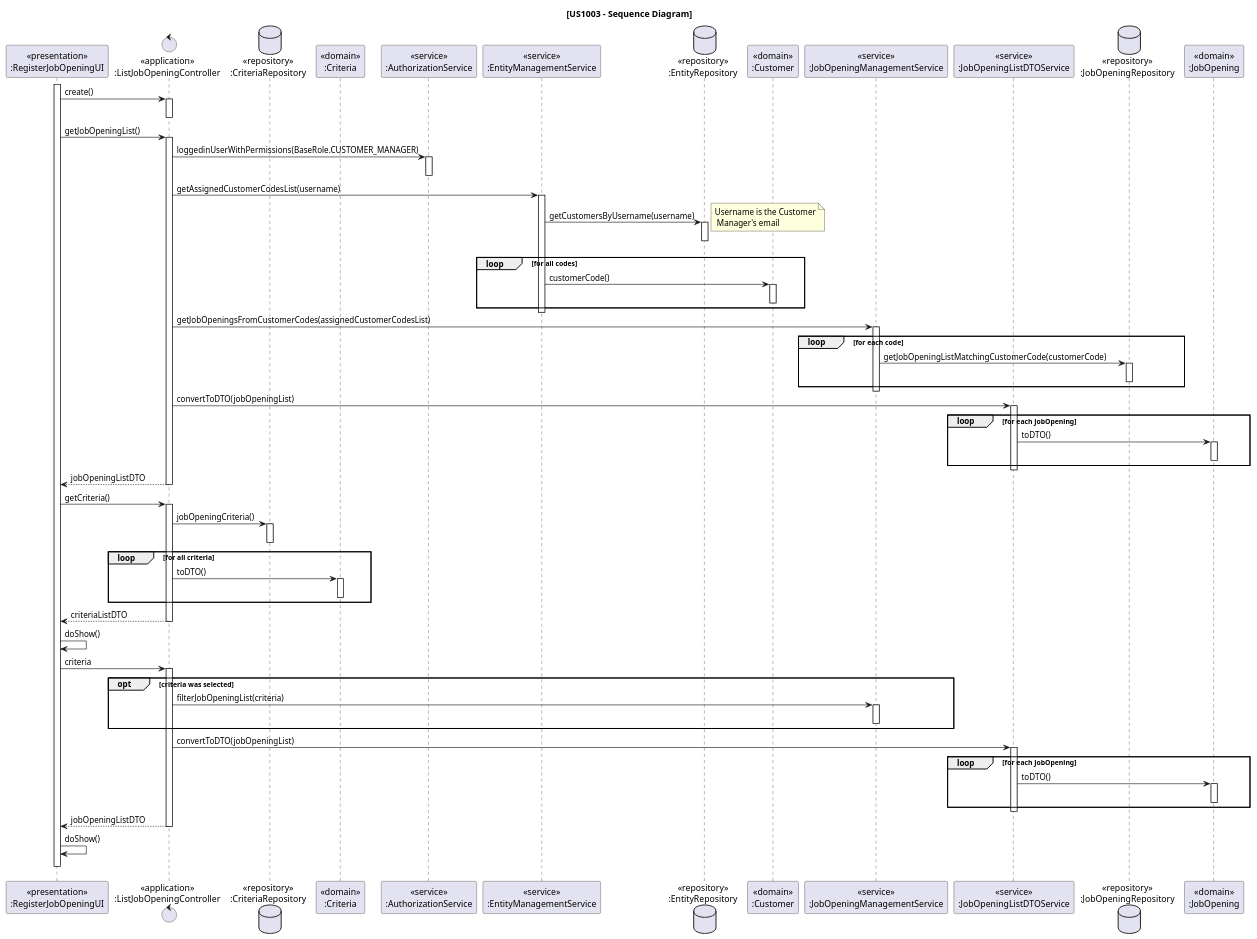
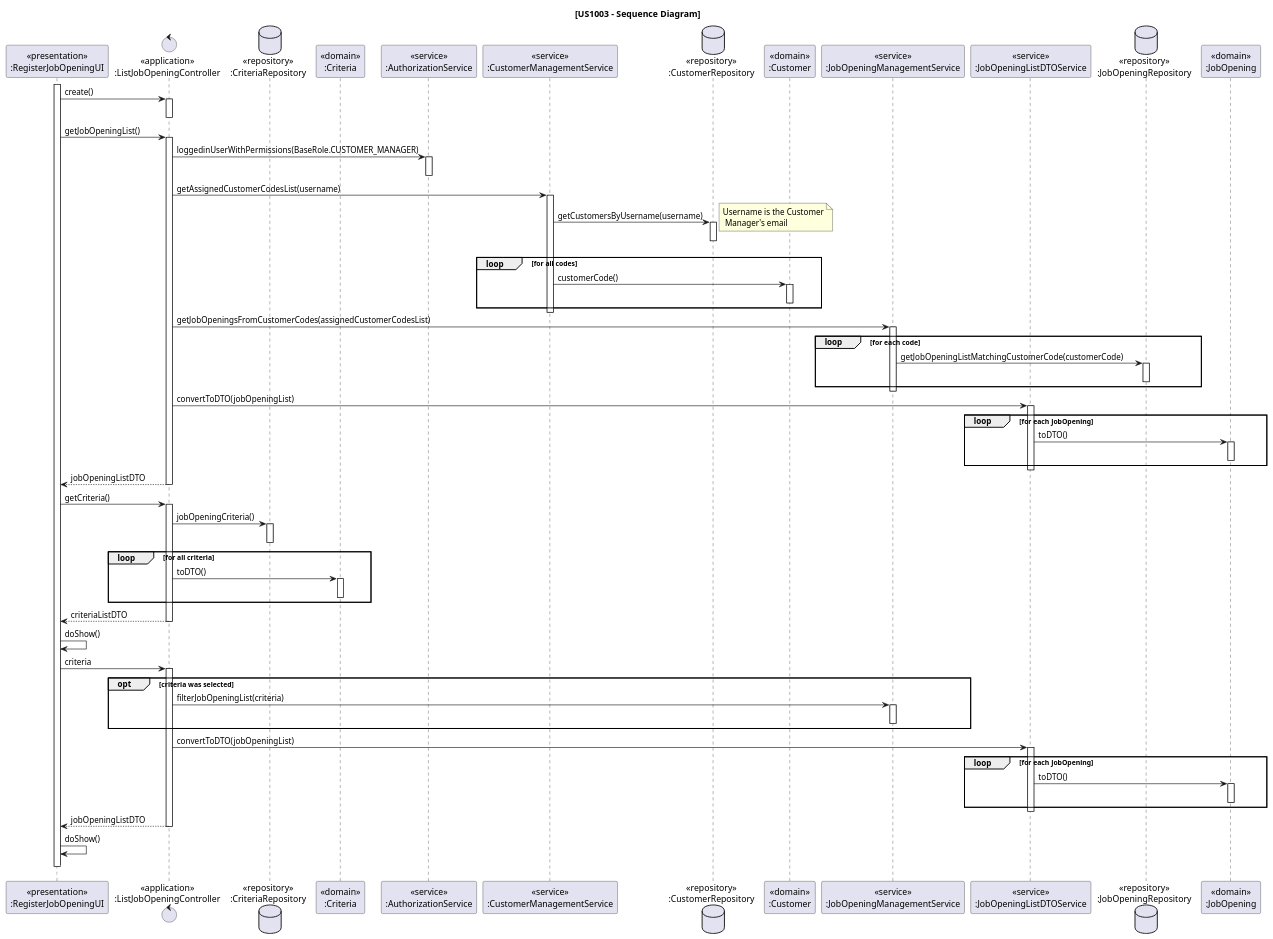
Before and after one commit to rita-barbosa/LAPR4-2324: the diagram in docs/sb_us_1003/US1003_SD/us1003_sd.puml, drawn with PlantUML. The commit also changed 3 other files, not shown here.

First line of the commit message:
docs: US1003 diagrams update

```diff
--- a/docs/sb_us_1003/US1003_SD/us1003_sd.puml
+++ b/docs/sb_us_1003/US1003_SD/us1003_sd.puml
@@ -1,120 +1,120 @@
 @startuml US1003_SD
 
 title [US1003 - Sequence Diagram]
 
 participant "<<presentation>>\n:RegisterJobOpeningUI" as UI
 control "<<application>>\n:ListJobOpeningController" as CTRL
 database "<<repository>>\n:CriteriaRepository" as CriteriaRepository
 participant "<<domain>>\n:Criteria" as Criteria
 participant "<<service>>\n:AuthorizationService" as AuthSvc
-participant "<<service>>\n:EntityManagementService" as EntityManagement
-database "<<repository>>\n:EntityRepository" as EntityRepository
+participant "<<service>>\n:CustomerManagementService" as CustomerManagement
+database "<<repository>>\n:CustomerRepository" as CustomerRepository
 participant "<<domain>>\n:Customer" as Customer
 participant "<<service>>\n:JobOpeningManagementService" as JobManagement
 participant "<<service>>\n:JobOpeningListDTOService" as JobOpeningListDTO
 database "<<repository>>\n:JobOpeningRepository" as JobOpeningRepository
 participant "<<domain>>\n:JobOpening" as JobOpening
 
 activate UI
 
 UI -> CTRL : create()
 
 activate CTRL
 deactivate CTRL
 
 UI -> CTRL : getJobOpeningList()
 activate CTRL
 
     CTRL -> AuthSvc : loggedinUserWithPermissions(BaseRole.CUSTOMER_MANAGER)
     activate AuthSvc
     deactivate AuthSvc
 
-    CTRL -> EntityManagement : getAssignedCustomerCodesList(username)
-    activate EntityManagement
+    CTRL -> CustomerManagement : getAssignedCustomerCodesList(username)
+    activate CustomerManagement
 
-        EntityManagement -> EntityRepository : getCustomersByUsername(username)
+        CustomerManagement -> CustomerRepository : getCustomersByUsername(username)
         note right: Username is the Customer\n Manager's email
-        activate EntityRepository
-        deactivate EntityRepository
+        activate CustomerRepository
+        deactivate CustomerRepository
 
         loop for all codes
-            EntityManagement -> Customer : customerCode()
+            CustomerManagement -> Customer : customerCode()
             activate Customer
             deactivate Customer
         end loop
 
-    deactivate EntityManagement
+    deactivate CustomerManagement
 
     CTRL -> JobManagement : getJobOpeningsFromCustomerCodes(assignedCustomerCodesList)
     activate JobManagement
         loop for each code
         JobManagement -> JobOpeningRepository : getJobOpeningListMatchingCustomerCode(customerCode)
         activate JobOpeningRepository
         deactivate JobOpeningRepository
         end loop
     deactivate JobManagement
 
 CTRL -> JobOpeningListDTO : convertToDTO(jobOpeningList)
 activate JobOpeningListDTO
 
     loop for each JobOpening
         JobOpeningListDTO -> JobOpening : toDTO()
         activate JobOpening
         deactivate JobOpening
     end loop
 deactivate JobOpeningListDTO
 
 CTRL --> UI : jobOpeningListDTO
 deactivate CTRL
 
 UI -> CTRL : getCriteria()
 activate CTRL
 
 
     CTRL -> CriteriaRepository : jobOpeningCriteria()
     activate CriteriaRepository
     deactivate CriteriaRepository
 
     loop for all criteria
 
         CTRL -> Criteria : toDTO()
         activate Criteria
         deactivate Criteria
 
     end loop
 
     CTRL --> UI : criteriaListDTO
     deactivate CTRL
 
 UI -> UI : doShow()
 
 UI -> CTRL : criteria
 activate CTRL
 
     opt criteria was selected
         CTRL -> JobManagement : filterJobOpeningList(criteria)
         activate JobManagement
         deactivate JobManagement
     end opt
 
 
 CTRL -> JobOpeningListDTO : convertToDTO(jobOpeningList)
 activate JobOpeningListDTO
 
     loop for each JobOpening
         JobOpeningListDTO -> JobOpening : toDTO()
         activate JobOpening
         deactivate JobOpening
     end loop
 deactivate JobOpeningListDTO
 
 CTRL --> UI : jobOpeningListDTO
 deactivate CTRL
 
 
 UI -> UI : doShow()
 UI -[#white]-> UI
 
 deactivate UI
 
 @enduml
```
